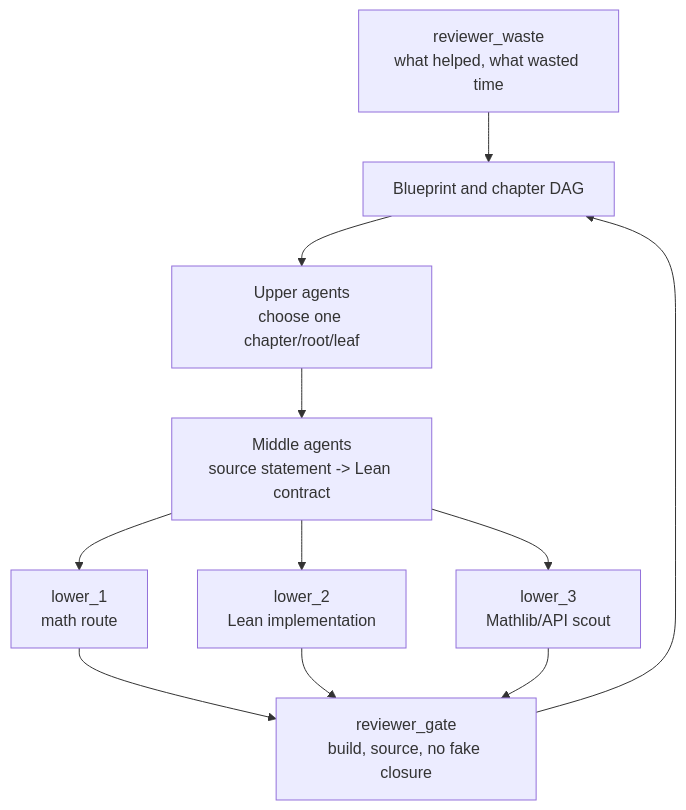
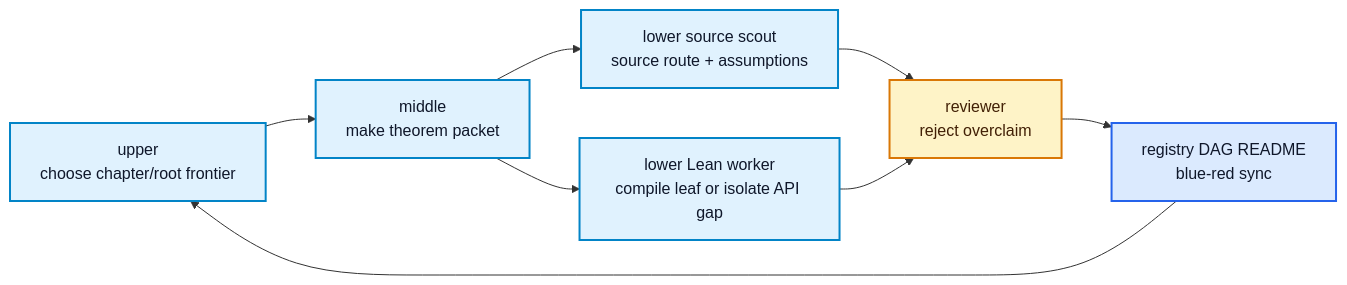
Diagram 13 of 13 in README.md (DakeBU/Auto-Sampling-Theory-In-Sleep), drawn with Mermaid before and after one commit. The commit also changed other lines of this file and 149 other files, not shown here.

````diff
--- a/README.md
+++ b/README.md
@@ -147,18 +479,21 @@
 ```mermaid
-flowchart TD
-  BP[Blueprint and chapter DAG]
-  U[Upper agents<br/>choose one chapter/root/leaf]
-  M[Middle agents<br/>source statement -> Lean contract]
-  L1[lower_1<br/>math route]
-  L2[lower_2<br/>Lean implementation]
-  L3[lower_3<br/>Mathlib/API scout]
-  R[reviewer_gate<br/>build, source, no fake closure]
-  W[reviewer_waste<br/>what helped, what wasted time]
+flowchart LR
+  Upper[upper<br/>choose chapter/root frontier]:::role
+  Middle[middle<br/>make theorem packet]:::role
+  Source[lower source scout<br/>source route + assumptions]:::role
+  Lean[lower Lean worker<br/>compile leaf or isolate API gap]:::role
+  Review[reviewer<br/>reject overclaim]:::review
+  Sync[registry DAG README<br/>blue-red sync]:::artifact
 
-  BP --> U --> M
-  M --> L1 --> R
-  M --> L2 --> R
-  M --> L3 --> R
-  R --> BP
-  W --> BP
+  Upper --> Middle
+  Middle --> Source
+  Middle --> Lean
+  Source --> Review
+  Lean --> Review
+  Review --> Sync
+  Sync --> Upper
+
+  classDef role fill:#e0f2fe,stroke:#0284c7,color:#0f172a,stroke-width:2px;
+  classDef review fill:#fef3c7,stroke:#d97706,color:#422006,stroke-width:2px;
+  classDef artifact fill:#dbeafe,stroke:#2563eb,color:#0f172a,stroke-width:2px;
 ```
````
